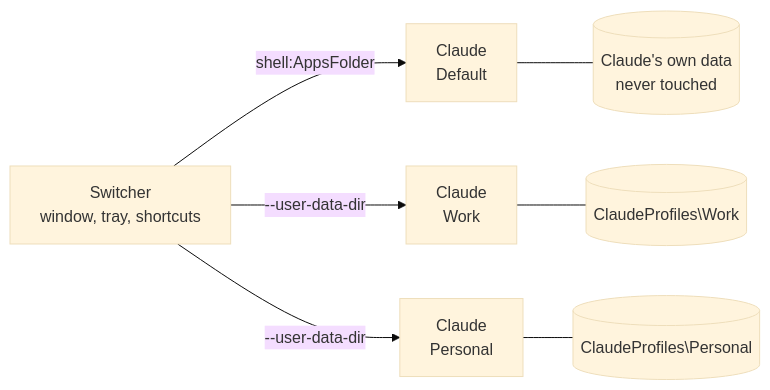
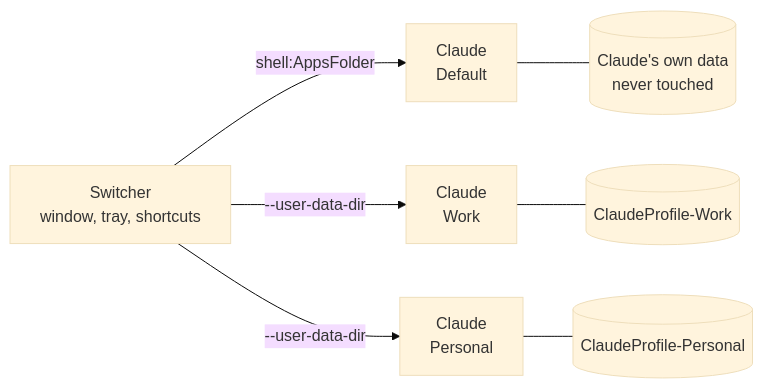
The diagram in README.md (PriyanshuGeTRekT/Claude-Code-Desktop-Switcher), drawn with Mermaid (base theme) before and after one commit. The commit also changed other lines of this file and 5 other files, not shown here.

````diff
--- a/README.md
+++ b/README.md
@@ -160,10 +160,10 @@
 ```mermaid
 flowchart LR
     S["Switcher<br/>window, tray, shortcuts"]
     S -->|shell:AppsFolder| D["Claude<br/>Default"]
     S -->|--user-data-dir| W["Claude<br/>Work"]
     S -->|--user-data-dir| P["Claude<br/>Personal"]
     D --- DD[("Claude's own data<br/>never touched")]
-    W --- WD[("ClaudeProfiles\Work")]
-    P --- PD[("ClaudeProfiles\Personal")]
+    W --- WD[("ClaudeProfile-Work")]
+    P --- PD[("ClaudeProfile-Personal")]
 ```
````
